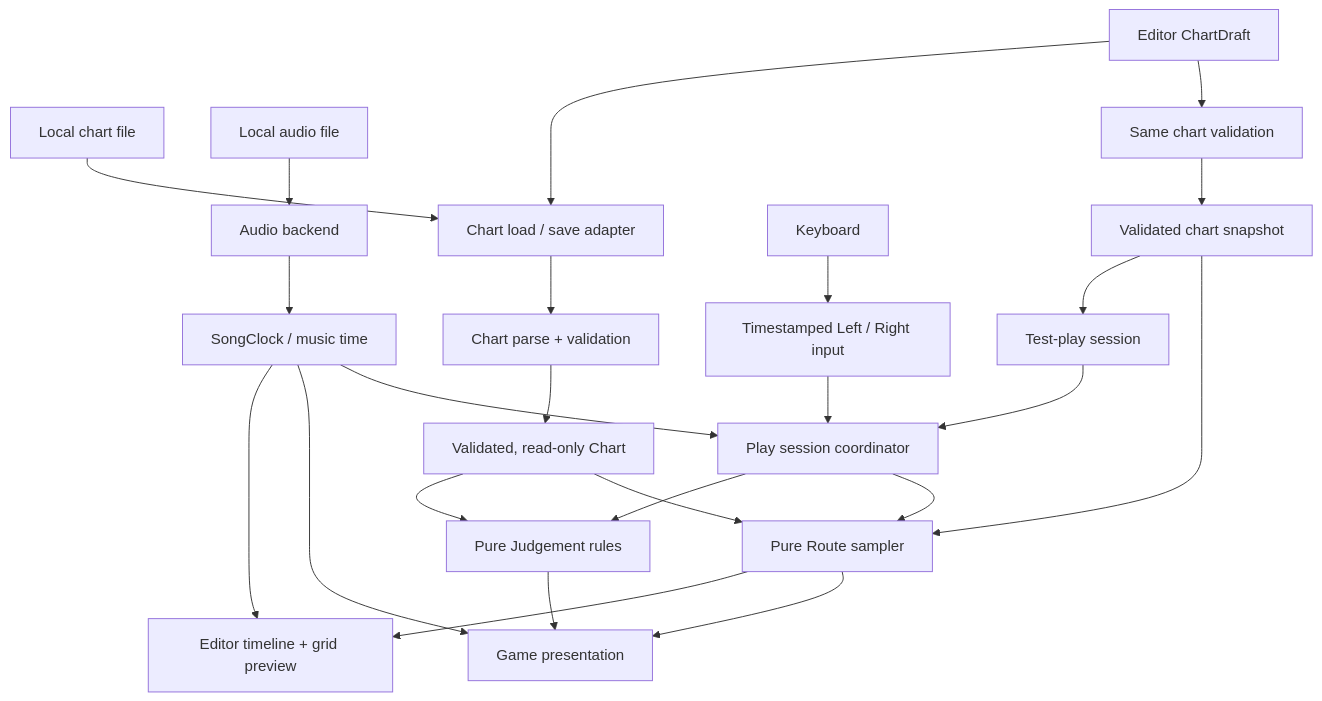
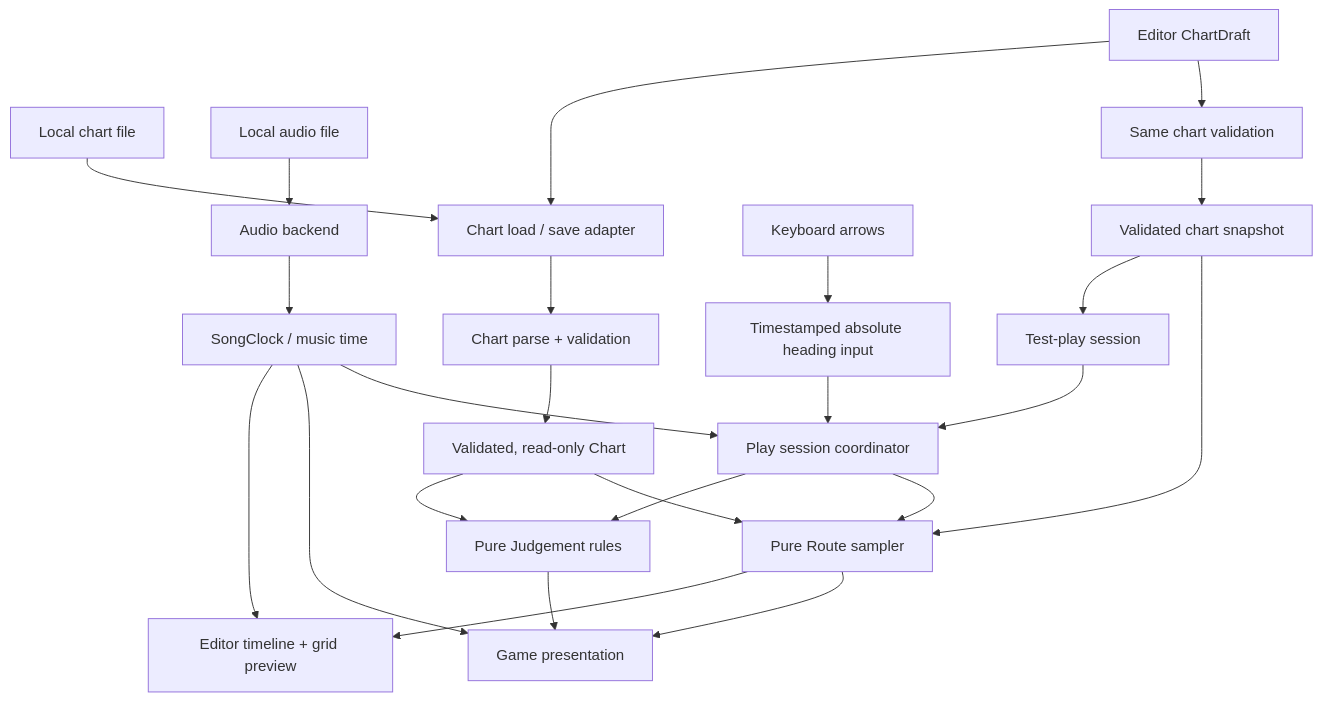
The diagram in mvp/architecture/BOUNDARIES.md (VadimAlekseyevich/LOCUS), drawn with Mermaid before and after one commit. The commit also changed other lines of this file and 9 other files, not shown here.

````diff
--- a/mvp/architecture/BOUNDARIES.md
+++ b/mvp/architecture/BOUNDARIES.md
@@ -25,29 +51,29 @@
 ```mermaid
 flowchart TD
     File["Local chart file"] --> Storage["Chart load / save adapter"]
     Storage --> Parse["Chart parse + validation"]
     Parse --> Chart["Validated, read-only Chart"]
 
     AudioFile["Local audio file"] --> Audio["Audio backend"]
     Audio --> Clock["SongClock / music time"]
-    Keys["Keyboard"] --> Input["Timestamped Left / Right input"]
+    Keys["Keyboard arrows"] --> Input["Timestamped absolute heading input"]
 
     Chart --> Route["Pure Route sampler"]
     Chart --> Judge["Pure Judgement rules"]
     Clock --> Session["Play session coordinator"]
     Input --> Session
     Session --> Route
     Session --> Judge
     Route --> PlayUI["Game presentation"]
     Judge --> PlayUI
     Clock --> PlayUI
 
     Draft["Editor ChartDraft"] --> EditValidation["Same chart validation"]
     EditValidation --> PreviewChart["Validated chart snapshot"]
     PreviewChart --> Route
     PreviewChart --> TestPlay["Test-play session"]
     TestPlay --> Session
     Draft --> Storage
     Clock --> EditorUI["Editor timeline + grid preview"]
     Route --> EditorUI
 ```
````
